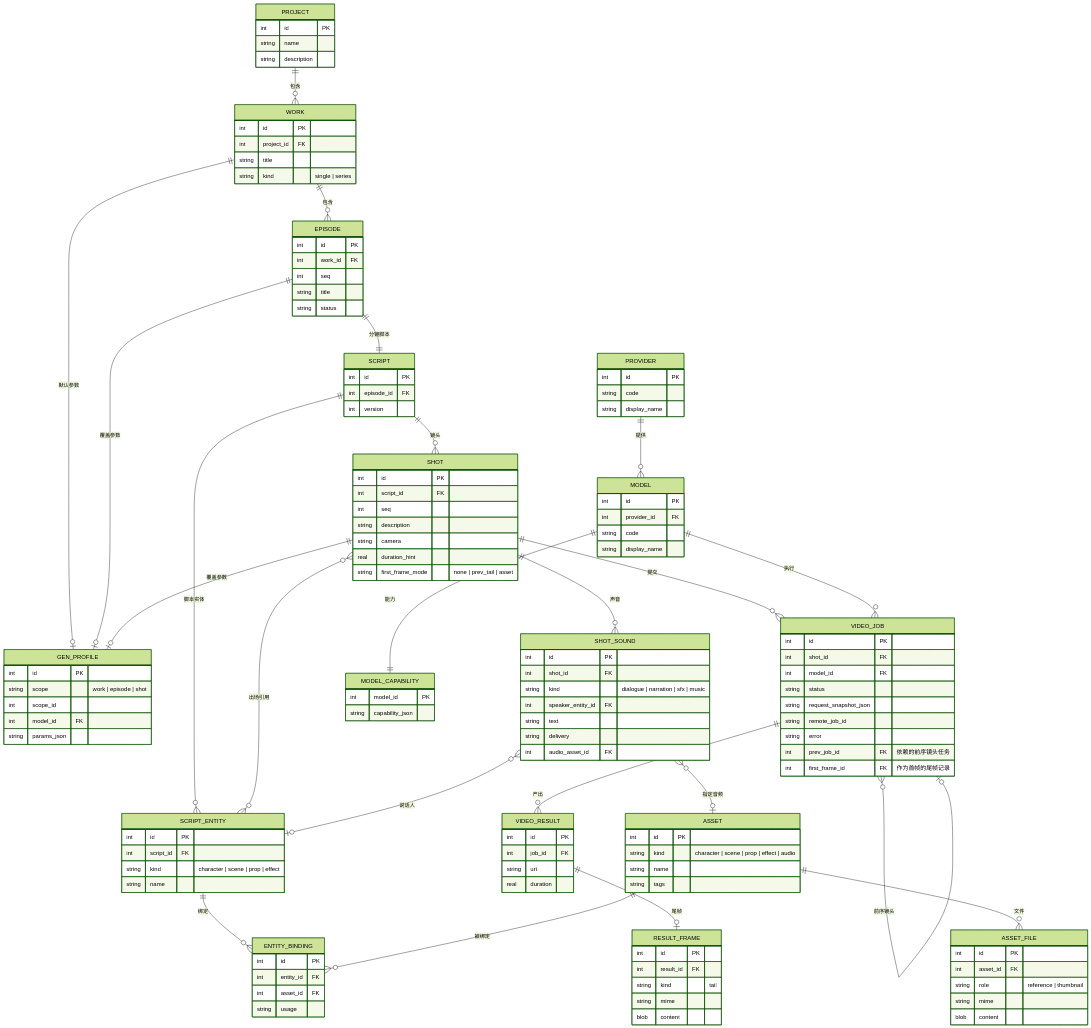
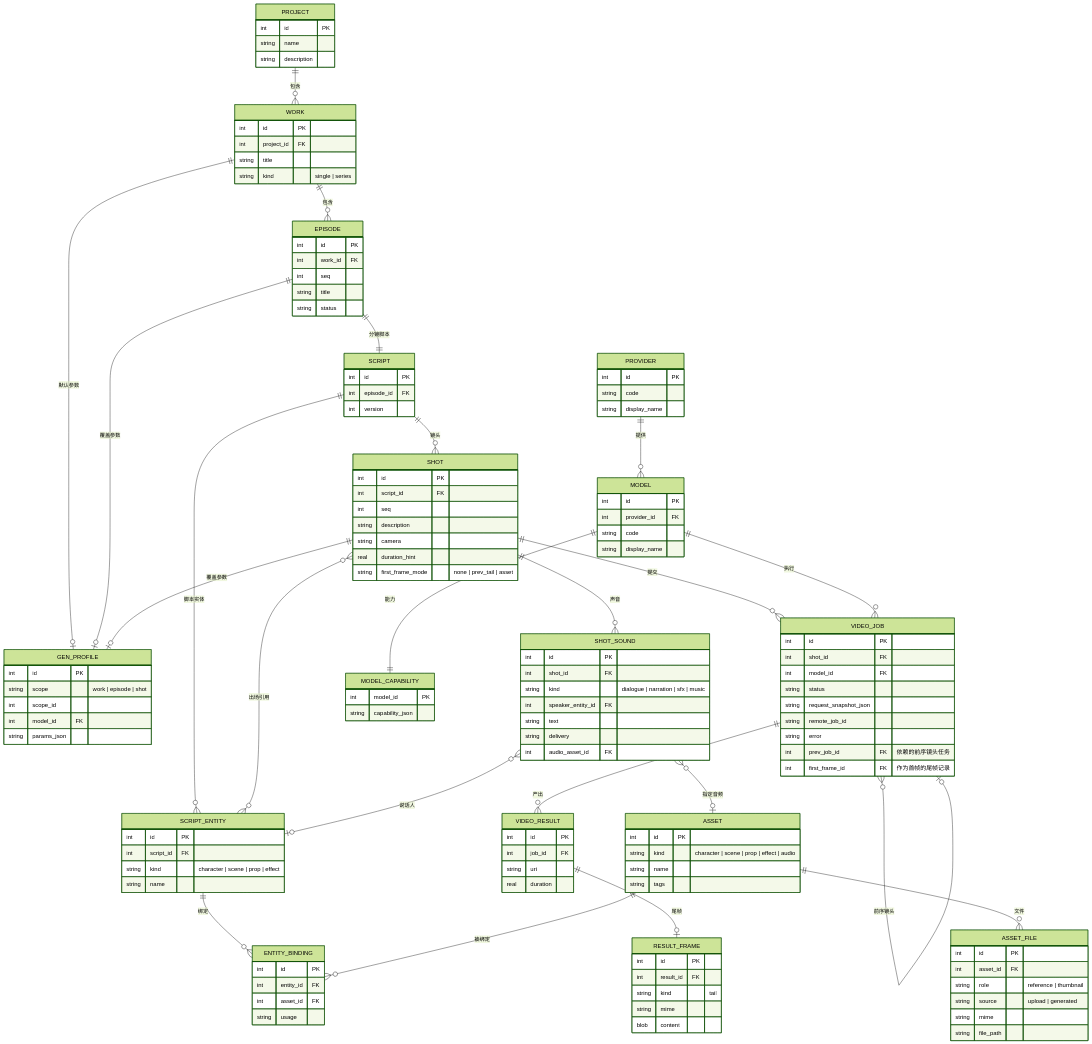
The second of 11 diagrams in docs/ARCHITECTURE.md (sengbin/ai-video-studio), drawn with Mermaid (forest theme) before and after one commit. The commit also changed other lines of this file and 53 other files, not shown here.

First line of the commit message:
资产图片音频改存磁盘文件，支持上传与生成两种来源

```diff
--- a/docs/ARCHITECTURE.md
+++ b/docs/ARCHITECTURE.md
@@ -215,8 +215,9 @@
     int id PK
     int asset_id FK
     string role "reference | thumbnail"
+    string source "upload | generated"
     string mime
-    blob content
+    string file_path
   }
   ENTITY_BINDING {
     int id PK
```
